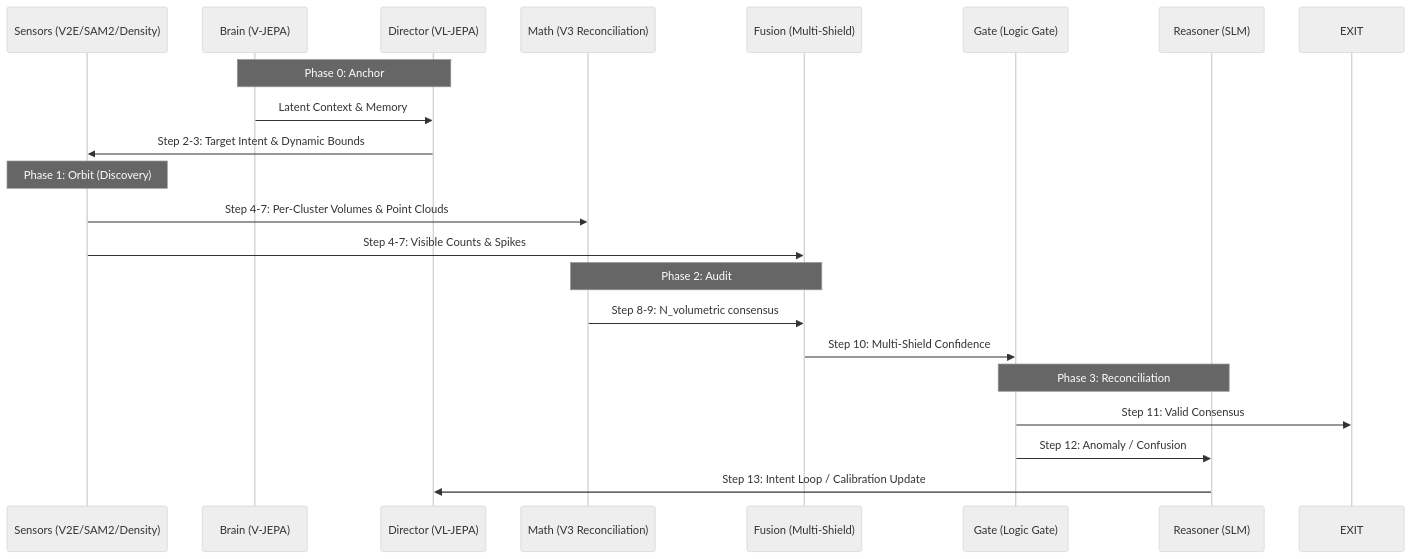
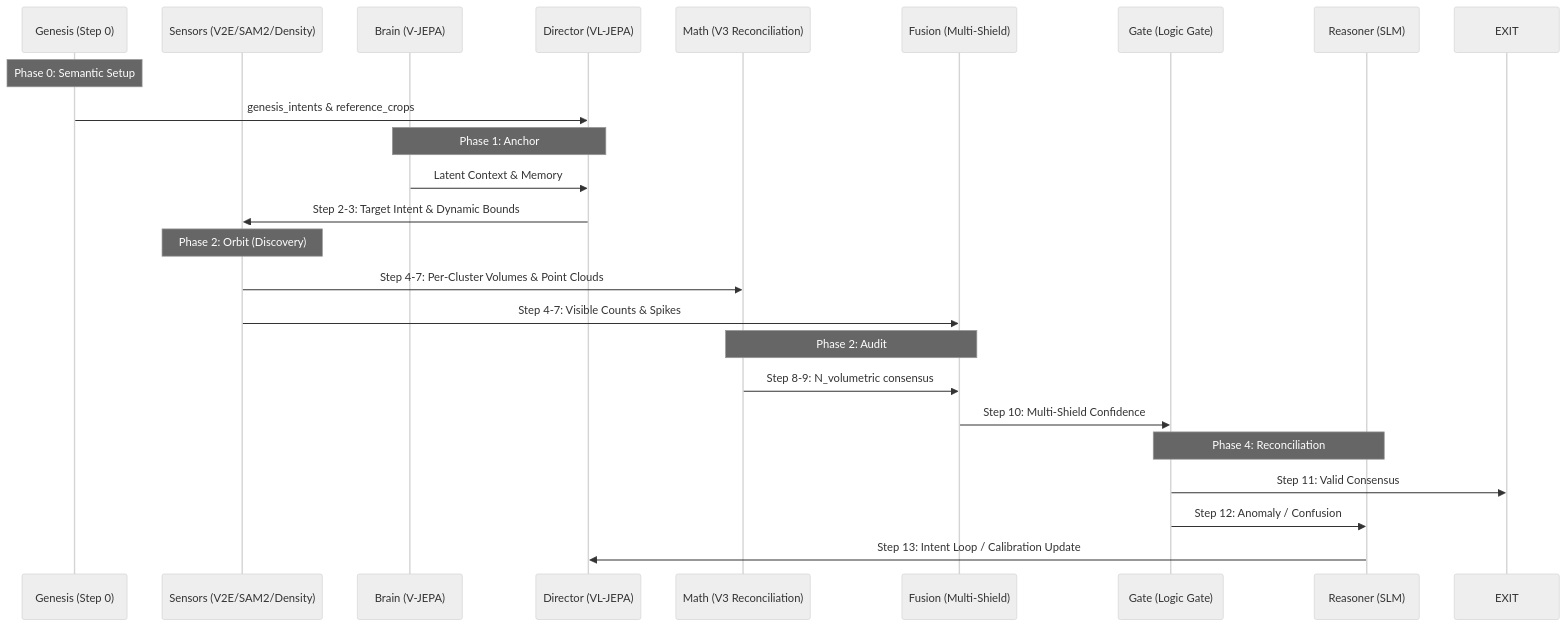
Before and after one commit to Yonnnnnnnnn/numeri-vjepa-experiment: the diagram in Data_Flow_Diagram.md, drawn with Mermaid (neutral theme). The commit also changed 10 other files, not shown here.

````diff
--- a/Data_Flow_Diagram.md
+++ b/Data_Flow_Diagram.md
@@ -24,27 +24,31 @@
 ```mermaid
 sequenceDiagram
+    participant G as Genesis (Step 0)
     participant S as Sensors (V2E/SAM2/Density)
     participant B as Brain (V-JEPA)
     participant D as Director (VL-JEPA)
     participant M as Math (V3 Reconciliation)
     participant F as Fusion (Multi-Shield)
-    participant G as Gate (Logic Gate)
+    participant LG as Gate (Logic Gate)
     participant R as Reasoner (SLM)
 
-    Note over B,D: Phase 0: Anchor
+    Note over G: Phase 0: Semantic Setup
+    G->>D: genesis_intents & reference_crops
+
+    Note over B,D: Phase 1: Anchor
     B->>D: Latent Context & Memory
     D->>S: Step 2-3: Target Intent & Dynamic Bounds
 
-    Note over S: Phase 1: Orbit (Discovery)
+    Note over S: Phase 2: Orbit (Discovery)
     S->>M: Step 4-7: Per-Cluster Volumes & Point Clouds
     S->>F: Step 4-7: Visible Counts & Spikes
 
     Note over M,F: Phase 2: Audit
     M->>F: Step 8-9: N_volumetric consensus
-    F->>G: Step 10: Multi-Shield Confidence
+    F->>LG: Step 10: Multi-Shield Confidence
 
-    Note over G,R: Phase 3: Reconciliation
-    G->>EXIT: Step 11: Valid Consensus
-    G->>R: Step 12: Anomaly / Confusion
+    Note over LG,R: Phase 4: Reconciliation
+    LG->>EXIT: Step 11: Valid Consensus
+    LG->>R: Step 12: Anomaly / Confusion
     R->>D: Step 13: Intent Loop / Calibration Update
 ```
````
